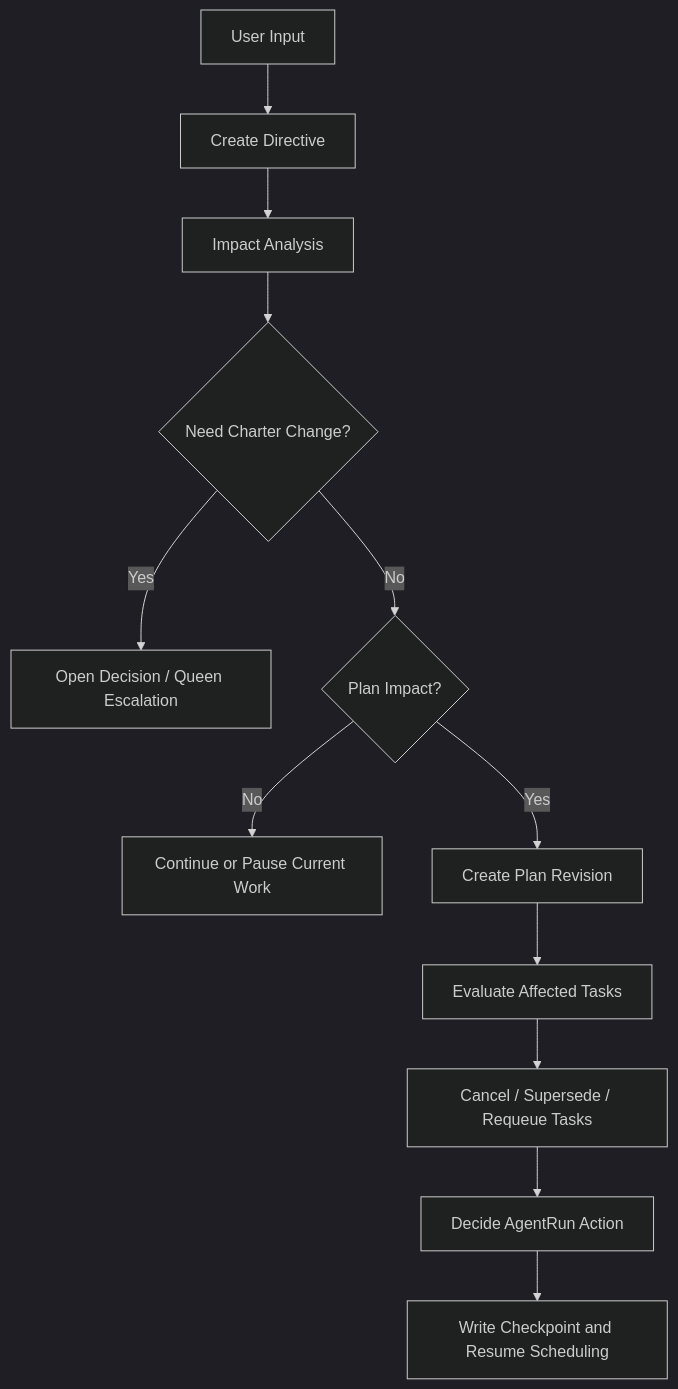
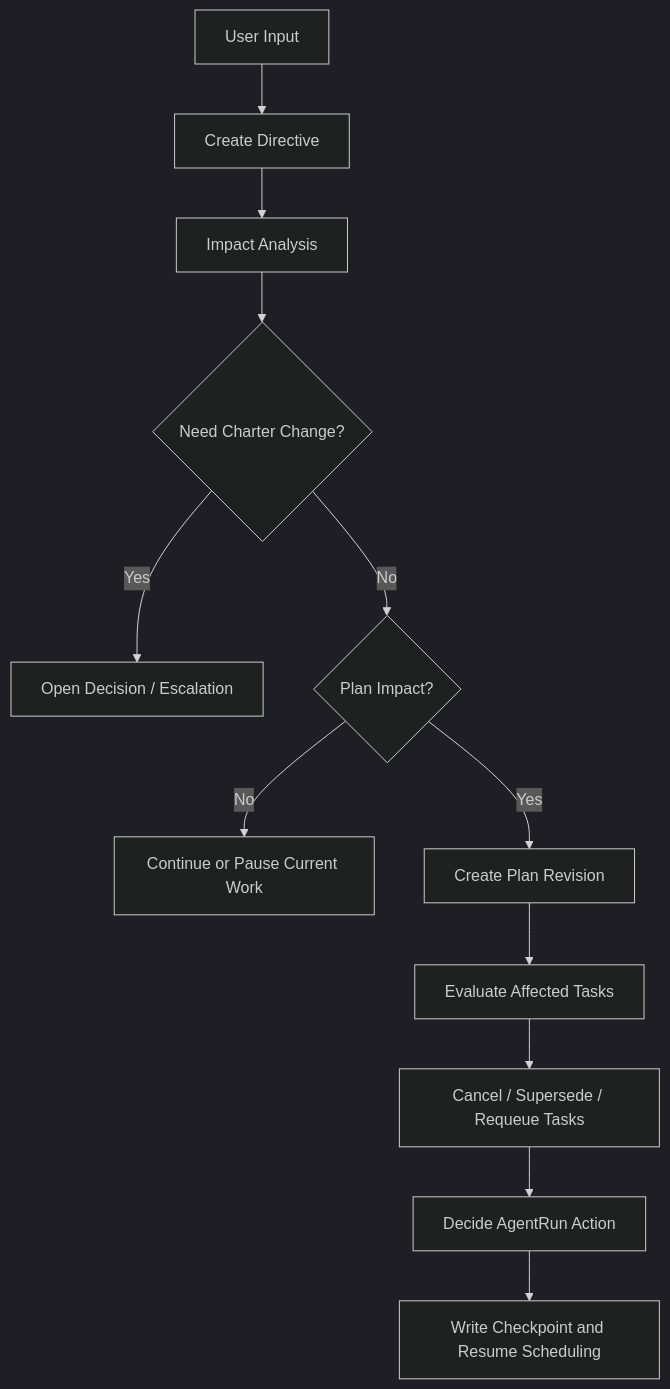
The first of 2 diagrams in docs/03-state-model/04-plan-versioning-and-supersession.md (leeson1/Hive-Design), drawn with Mermaid (dark theme) before and after one commit. The commit also changed 31 other files, not shown here.

````diff
--- a/docs/03-state-model/04-plan-versioning-and-supersession.md
+++ b/docs/03-state-model/04-plan-versioning-and-supersession.md
@@ -123,14 +123,14 @@
 ```mermaid
 flowchart TD
     A["User Input"] --> B["Create Directive"]
     B --> C["Impact Analysis"]
     C --> D{"Need Charter Change?"}
-    D -- Yes --> E["Open Decision / Queen Escalation"]
+    D -- Yes --> E["Open Decision / Escalation"]
     D -- No --> F{"Plan Impact?"}
     F -- No --> G["Continue or Pause Current Work"]
     F -- Yes --> H["Create Plan Revision"]
     H --> I["Evaluate Affected Tasks"]
     I --> J["Cancel / Supersede / Requeue Tasks"]
     J --> K["Decide AgentRun Action"]
     K --> L["Write Checkpoint and Resume Scheduling"]
 ```
````
